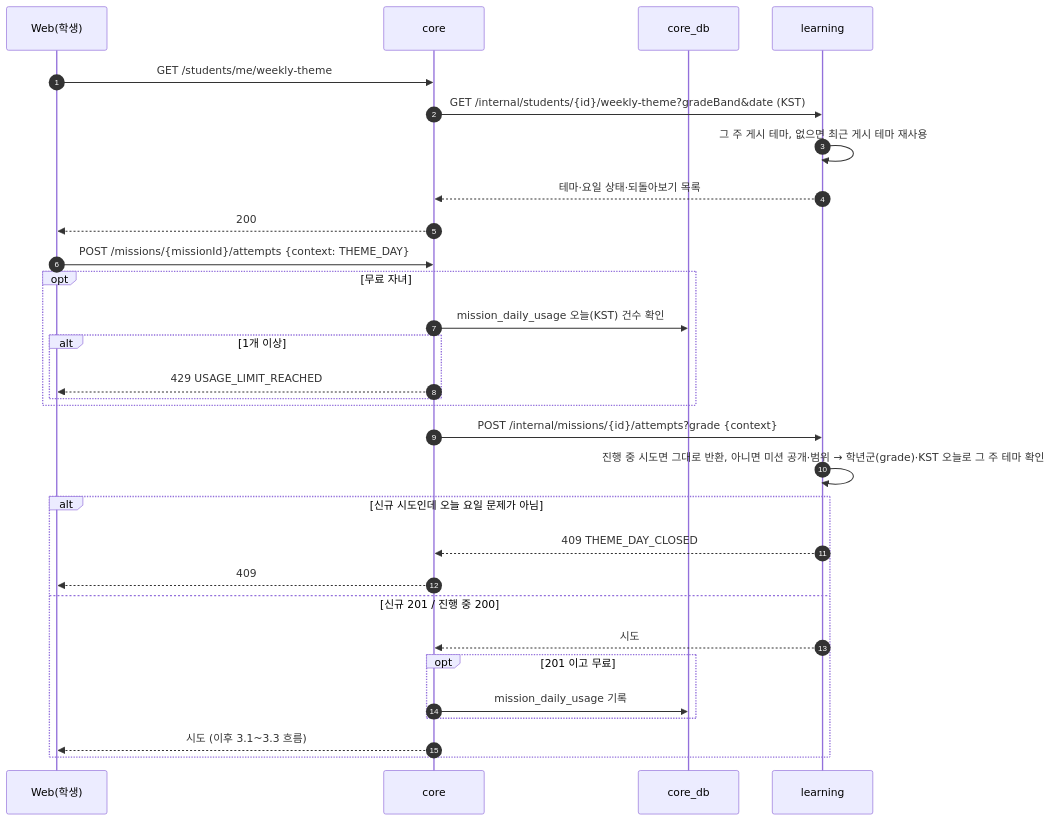
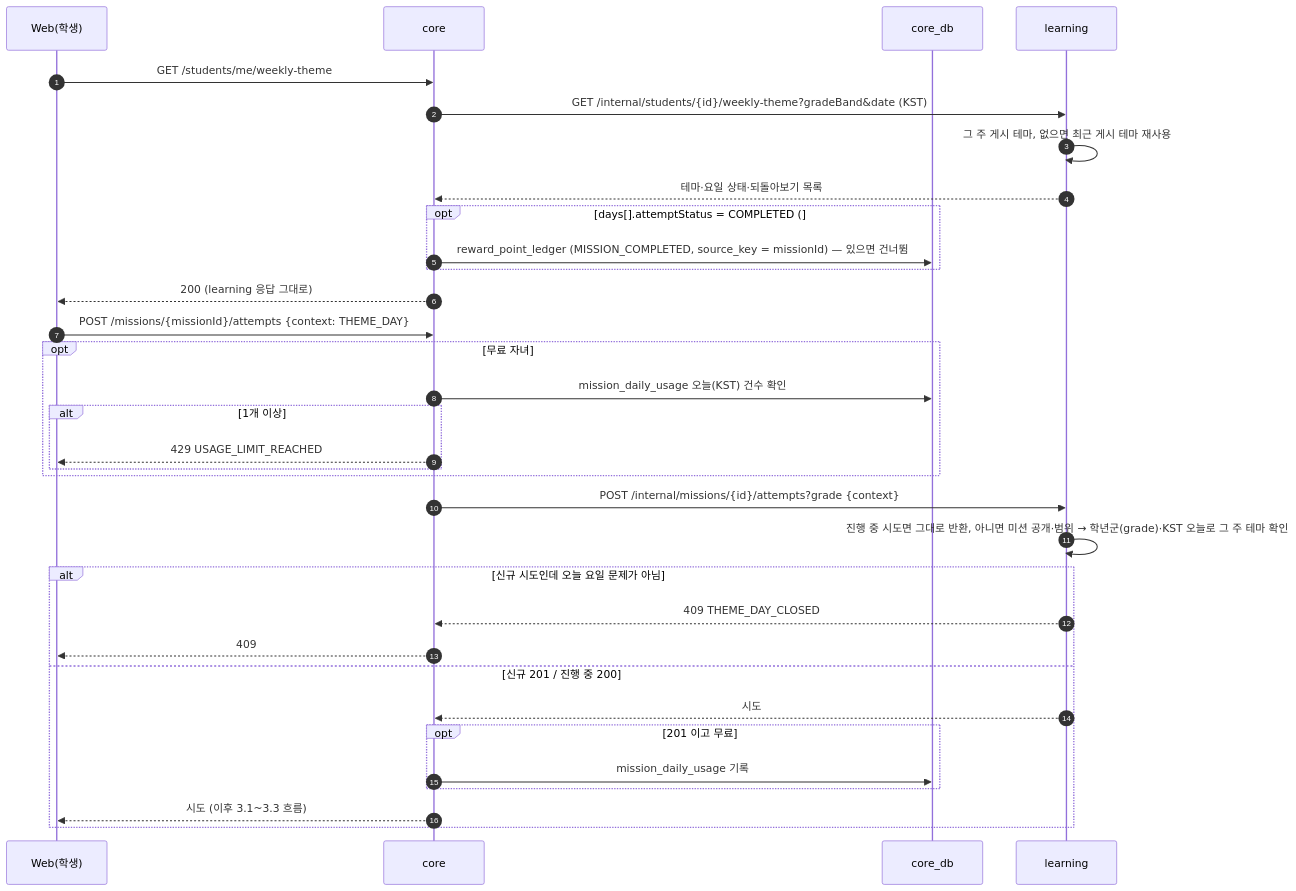
Before and after one commit to SKNETWORKS-FAMILY-AICAMP/SKN34-FINAL-3TEAM: diagram 15 of 34 in docs/design/sequence-diagram.md, drawn with Mermaid. The commit also changed other lines of this file and 24 other files, not shown here.

````diff
--- a/docs/design/sequence-diagram.md
+++ b/docs/design/sequence-diagram.md
@@ -585,33 +585,36 @@
 ```mermaid
 sequenceDiagram
   autonumber
   participant W as Web(학생)
   participant C as core
   participant CDB as core_db
   participant L as learning
 
   W->>C: GET /students/me/weekly-theme
   C->>L: GET /internal/students/{id}/weekly-theme?gradeBand&date (KST)
   L->>L: 그 주 게시 테마, 없으면 최근 게시 테마 재사용
   L-->>C: 테마·요일 상태·되돌아보기 목록
-  C-->>W: 200
+  opt days[].attemptStatus = COMPLETED (#389 보충)
+    C->>CDB: reward_point_ledger (MISSION_COMPLETED, source_key = missionId) — 있으면 건너뜀
+  end
+  C-->>W: 200 (learning 응답 그대로)
   W->>C: POST /missions/{missionId}/attempts {context: THEME_DAY}
   opt 무료 자녀
     C->>CDB: mission_daily_usage 오늘(KST) 건수 확인
     alt 1개 이상
       C-->>W: 429 USAGE_LIMIT_REACHED
     end
   end
   C->>L: POST /internal/missions/{id}/attempts?grade {context}
   L->>L: 진행 중 시도면 그대로 반환, 아니면 미션 공개·범위 → 학년군(grade)·KST 오늘로 그 주 테마 확인
   alt 신규 시도인데 오늘 요일 문제가 아님
     L-->>C: 409 THEME_DAY_CLOSED
     C-->>W: 409
   else 신규 201 / 진행 중 200
     L-->>C: 시도
     opt 201 이고 무료
       C->>CDB: mission_daily_usage 기록
     end
     C-->>W: 시도 (이후 3.1~3.3 흐름)
   end
 ```
````
